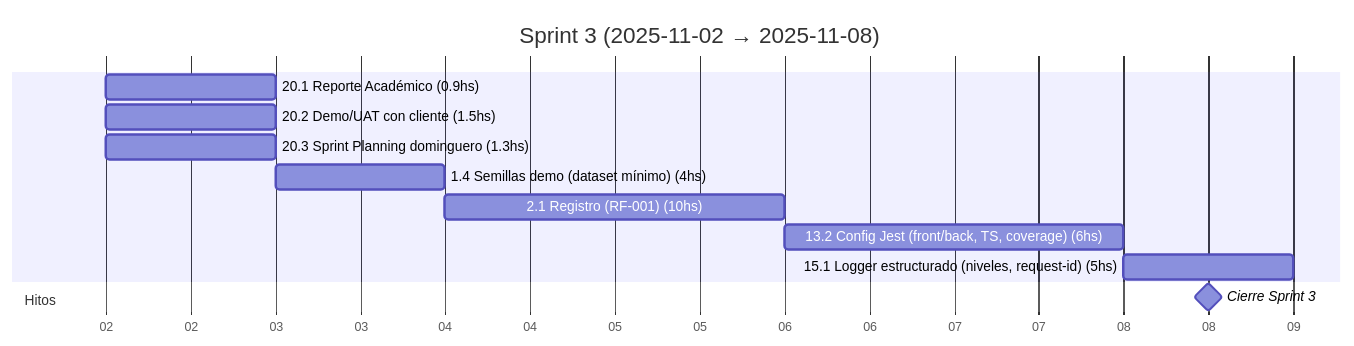
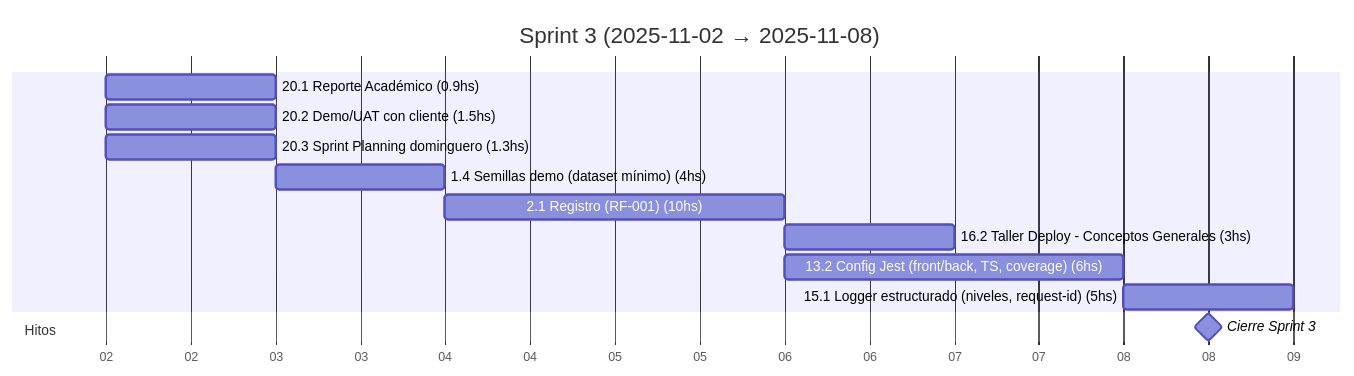
Before and after one commit to MarkMed/FleetMan: the fourth of 18 diagrams in docs/SprintsGantts.md, drawn with Mermaid. The commit also changed other lines of this file and 1 other file, not shown here.

Commit message:
Update sprint planning and Gantt charts: add deployment workshops and adjust task durations

````diff
--- a/docs/SprintsGantts.md
+++ b/docs/SprintsGantts.md
@@ -102,19 +103,20 @@
 ```mermaid
 gantt
   title Sprint 3 (2025-11-02 → 2025-11-08)
   dateFormat  YYYY-MM-DD
   axisFormat  %d
 
   %% Asumimos 5 h/día. Horas estimadas incluidas en el nombre.
 
   20.1 Reporte Académico (0.9hs)               :t201, 2025-11-02, 1d
   20.2 Demo/UAT con cliente (1.5hs)            :t202, 2025-11-02, 1d
   20.3 Sprint Planning dominguero (1.3hs)      :t203, 2025-11-02, 1d
   1.4 Semillas demo (dataset mínimo) (4hs)     :t14, after t203, 1d
   2.1 Registro (RF-001) (10hs)                 :t21, after t14, 2d
+  16.2 Taller Deploy - Conceptos Generales (3hs) :t162, 2025-11-06, 1d
   13.2 Config Jest (front/back, TS, coverage) (6hs) :t132, after t21, 2d
   15.1 Logger estructurado (niveles, request-id) (5hs) :t151, after t132, 1d
 
   section Hitos
   Cierre Sprint 3                              :milestone, s3, 2025-11-08, 1d
 ```
````
